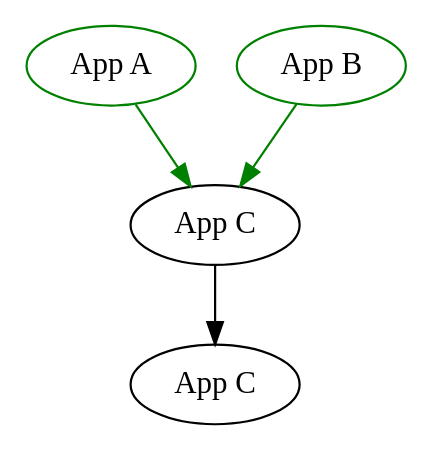
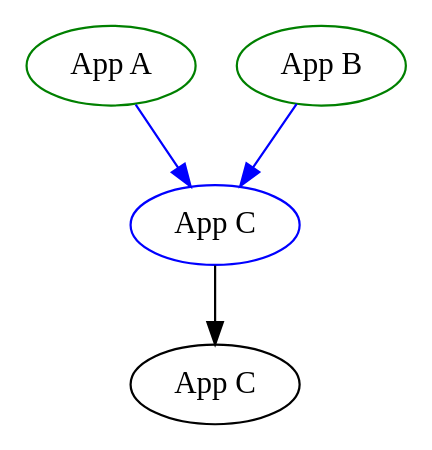
Before and after one commit to finos/waltz: the third of 8 diagrams in docs/design/draft/platform/platform-flows.adoc, drawn with Graphviz. The commit also changed other lines of this file, not shown here.

```diff
--- a/docs/design/draft/platform/platform-flows.adoc
+++ b/docs/design/draft/platform/platform-flows.adoc
@@ -109,13 +108,13 @@
 [graphviz, direct-att-simple, svg]
 ----
 digraph B {
     A[label="App A", color="green"];
     B[label="App B", color="green"];
-    C[label="App C"];
+    C[label="App C", color="blue"];
     D[label="App C"];
 
-    A->C[color=green];
-    B->C[color=green];
-    C->D;
+    A->C[color=blue];
+    B->C[color=blue];
+    C->D[color=balck];
 }
 ----
```
